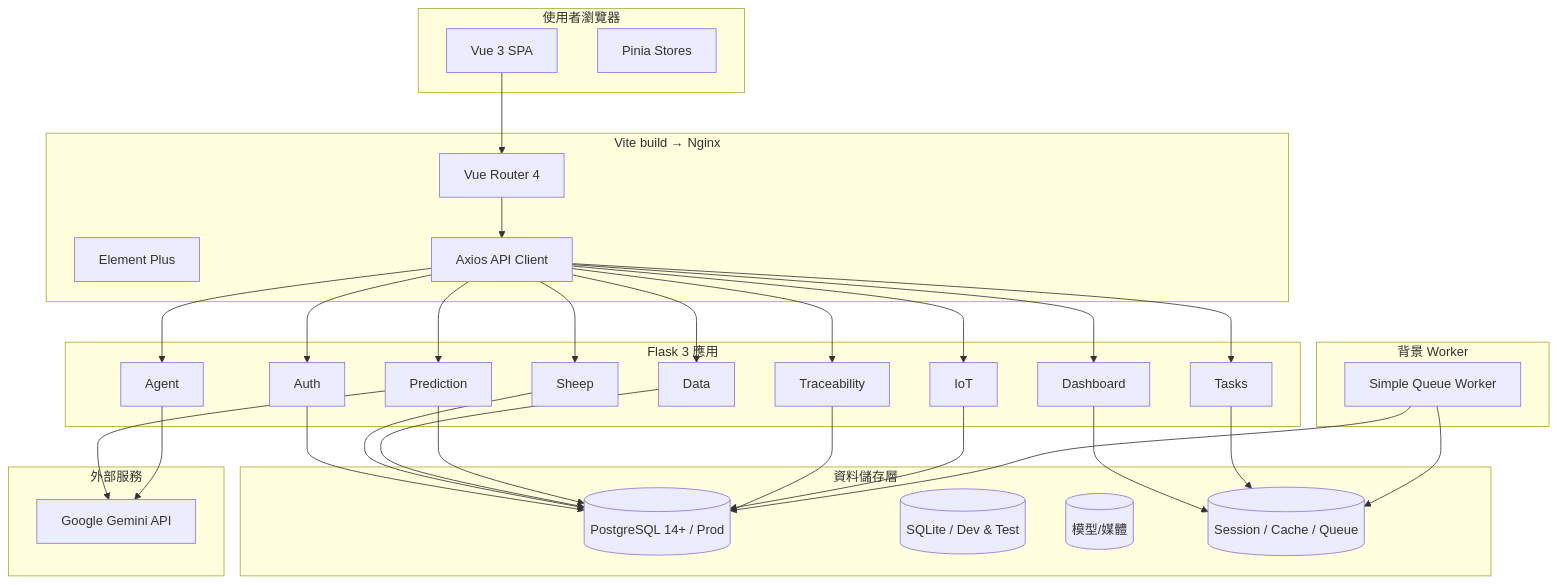
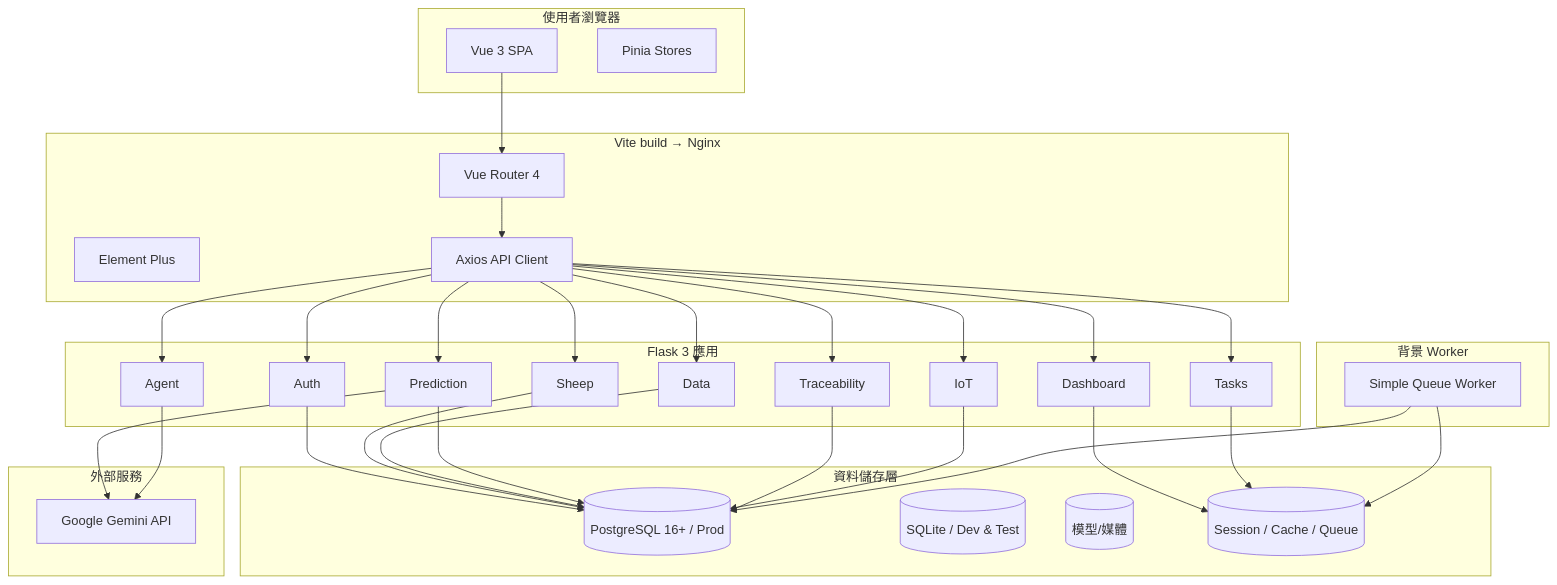
One commit to nj1i6t6/Dr.Goat-AI-Agent-BETA changed the diagram in README.md. Above: the diagram before and after it, drawn with Mermaid. The commit also changed other lines of this file and 13 other files, not shown here.

````diff
--- a/README.md
+++ b/README.md
@@ -57,65 +58,65 @@
 ```mermaid
 graph TB
   subgraph Client["使用者瀏覽器"]
     UI[Vue 3 SPA]
     Pinia[Pinia Stores]
   end
 
   subgraph Frontend["Vite build → Nginx"]
     Router[Vue Router 4]
     Components[Element Plus]
     ApiClient[Axios API Client]
   end
 
   subgraph Backend["Flask 3 應用"]
     Auth[Auth]
     Sheep[Sheep]
     Dashboard[Dashboard]
     Data[Data]
     Prediction[Prediction]
     Agent[Agent]
     Traceability[Traceability]
     Iot[IoT]
     Tasks[Tasks]
   end
 
   subgraph DataTier["資料儲存層"]
-    Postgres[(PostgreSQL 14+ / Prod)]
+    Postgres[(PostgreSQL 16+ / Prod)]
     SQLite[(SQLite / Dev & Test)]
     Filesystem[(模型/媒體)]
     Redis[(Session / Cache / Queue)]
   end
 
   subgraph Worker["背景 Worker"]
     WorkerNode[Simple Queue Worker]
   end
 
   subgraph External["外部服務"]
     Gemini[Google Gemini API]
   end
 
   UI --> Router --> ApiClient --> Auth
   ApiClient --> Sheep
   ApiClient --> Dashboard
   ApiClient --> Data
   ApiClient --> Prediction
   ApiClient --> Agent
   ApiClient --> Traceability
   ApiClient --> Iot
   ApiClient --> Tasks
 
   Auth --> Postgres
   Sheep --> Postgres
   Dashboard --> Redis
   Data --> Postgres
   Prediction --> Postgres
   Traceability --> Postgres
   Iot --> Postgres
   Tasks --> Redis
 
   Prediction --> Gemini
   Agent --> Gemini
 
   WorkerNode --> Redis
   WorkerNode --> Postgres
 ```
````
